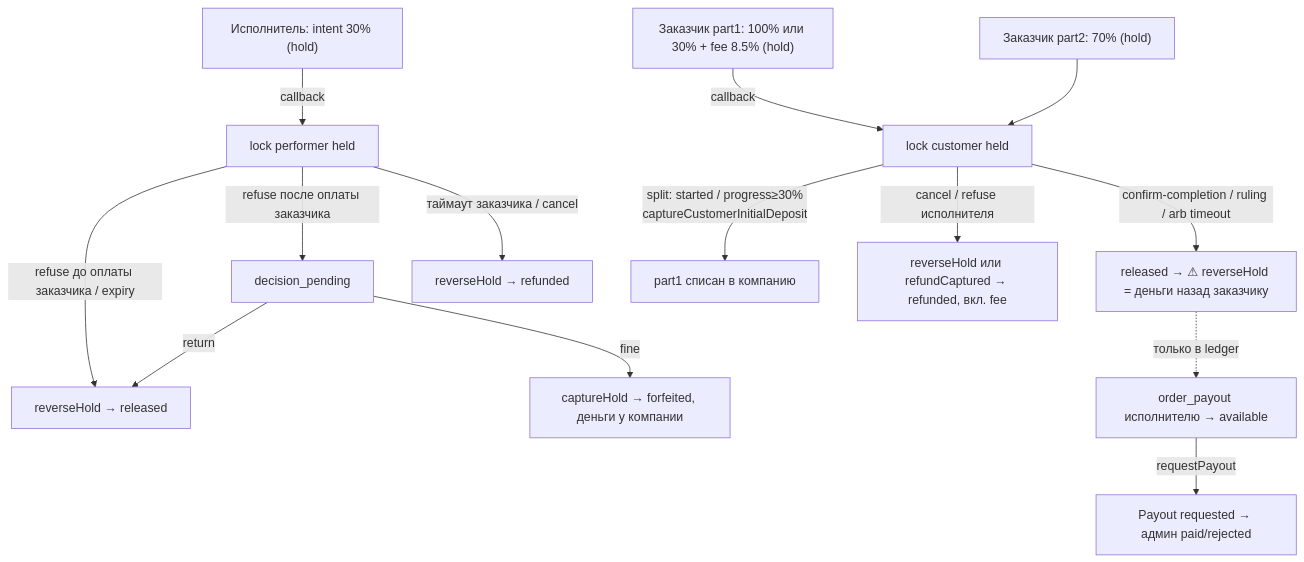
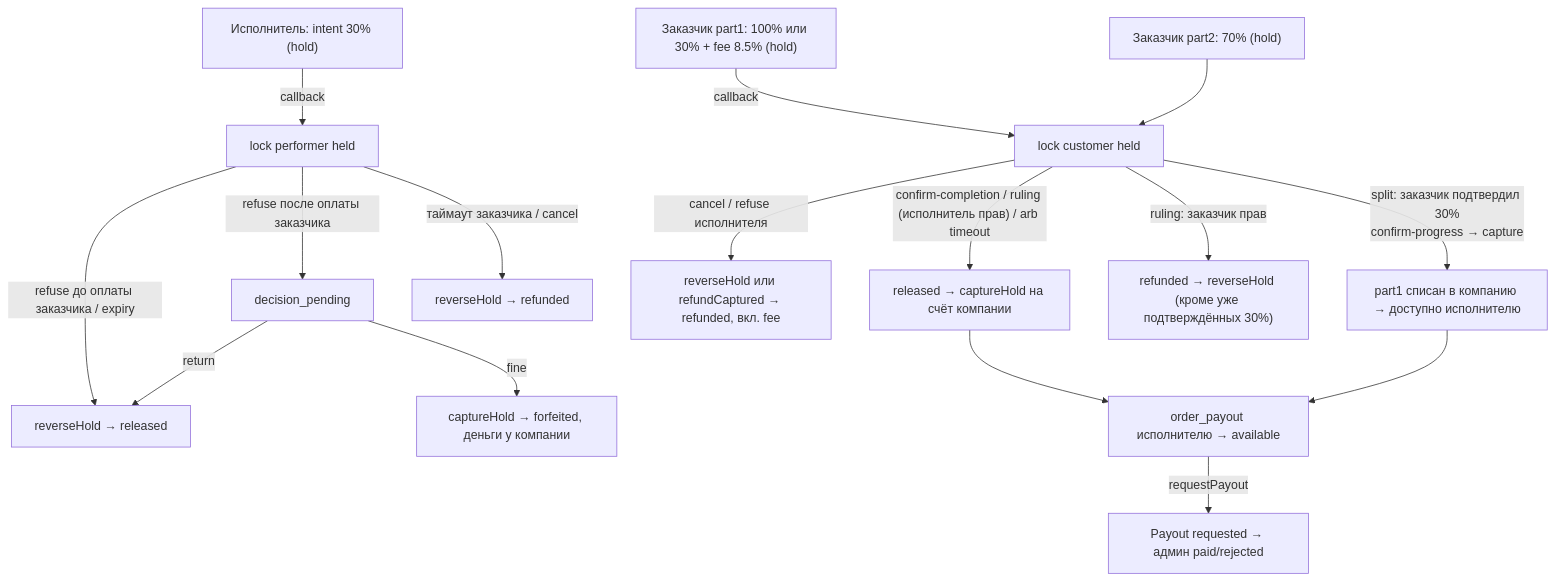
The second of 2 diagrams in docs/PROCESS_MAP.md (stronciy/dragonfly), drawn with Mermaid before and after one commit. The commit also changed other lines of this file and 15 other files, not shown here.

Commit message:
feat(payments): customer money is captured to the company only on customer confirmation (30% via confirm-progress, 70%/100% via confirm-completion); customer arbitration win refunds; ledger keeps settled payments; finance GET no longer writes

````diff
--- a/docs/PROCESS_MAP.md
+++ b/docs/PROCESS_MAP.md
@@ -107,16 +111,18 @@
 ```mermaid
 flowchart TD
   PInt["Исполнитель: intent 30% (hold)"] -->|callback| PLock[lock performer held]
   CInt1["Заказчик part1: 100% или 30% + fee 8.5% (hold)"] -->|callback| CLock[lock customer held]
-  CLock -->|"split: started / progress≥30%\ncaptureCustomerInitialDeposit"| CCap[part1 списан в компанию]
+  CLock -->|"split: заказчик подтвердил 30%\nconfirm-progress → capture"| CCap[part1 списан в компанию → доступно исполнителю]
   CInt2["Заказчик part2: 70% (hold)"] --> CLock
   PLock -->|refuse до оплаты заказчика / expiry| PRel[reverseHold → released]
   PLock -->|refuse после оплаты заказчика| PDec[decision_pending]
   PDec -->|return| PRel
   PDec -->|fine| PForf[captureHold → forfeited, деньги у компании]
   PLock -->|таймаут заказчика / cancel| PRef[reverseHold → refunded]
   CLock -->|cancel / refuse исполнителя| CRef[reverseHold или refundCaptured → refunded, вкл. fee]
-  CLock -->|"confirm-completion / ruling / arb timeout"| CRelease["released → ⚠ reverseHold = деньги назад заказчику"]
-  CRelease -.только в ledger.-> PBal[order_payout исполнителю → available]
+  CLock -->|"confirm-completion / ruling (исполнитель прав) / arb timeout"| CRelease["released → captureHold на счёт компании"]
+  CLock -->|"ruling: заказчик прав"| CWin["refunded → reverseHold (кроме уже подтверждённых 30%)"]
+  CRelease --> PBal[order_payout исполнителю → available]
+  CCap --> PBal
   PBal -->|requestPayout| Payout[Payout requested → админ paid/rejected]
 ```
````
